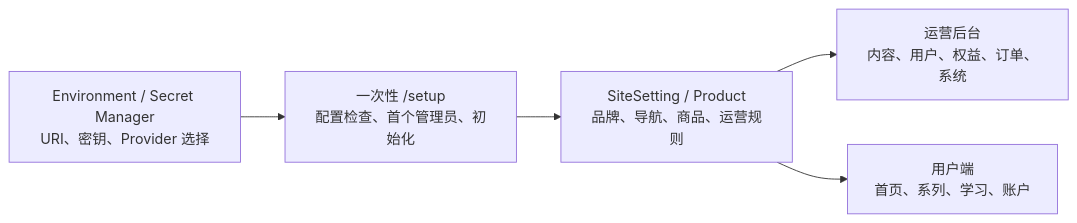
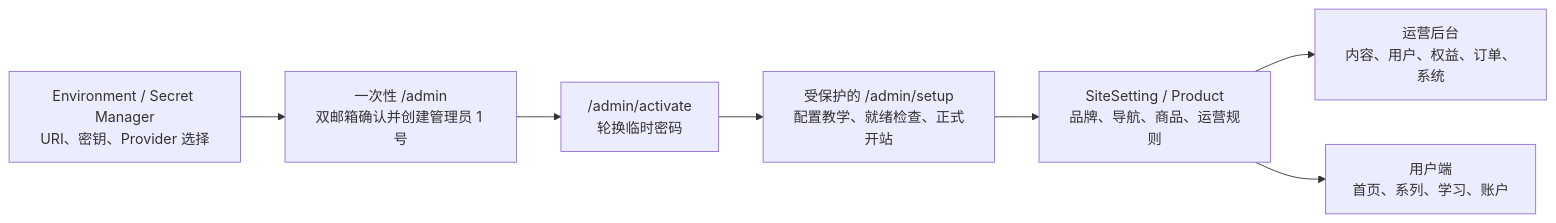
Before and after one commit to CzzzzzzJ/mdldm-knowledge-kit: the seventh of 7 diagrams in ARCHITECTURE.md, drawn with Mermaid. The commit also changed other lines of this file and 118 other files, not shown here.

````diff
--- a/ARCHITECTURE.md
+++ b/ARCHITECTURE.md
@@ -212,13 +221,17 @@
 ```mermaid
 flowchart LR
     Secrets["Environment / Secret Manager<br/>URI、密钥、Provider 选择"]
-    Setup["一次性 /setup<br/>配置检查、首个管理员、初始化"]
+    Bootstrap["一次性 /admin<br/>双邮箱确认并创建管理员 1 号"]
+    Activate["/admin/activate<br/>轮换临时密码"]
+    Setup["受保护的 /admin/setup<br/>配置教学、就绪检查、正式开站"]
     Settings["SiteSetting / Product<br/>品牌、导航、商品、运营规则"]
     Admin["运营后台<br/>内容、用户、权益、订单、系统"]
     Public["用户端<br/>首页、系列、学习、账户"]
 
-    Secrets --> Setup
+    Secrets --> Bootstrap
+    Bootstrap --> Activate
+    Activate --> Setup
     Setup --> Settings
     Settings --> Admin
     Settings --> Public
 ```
````
